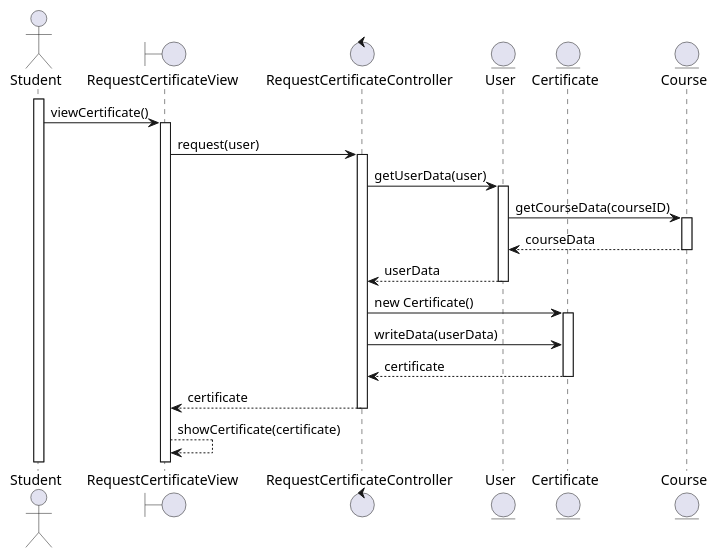
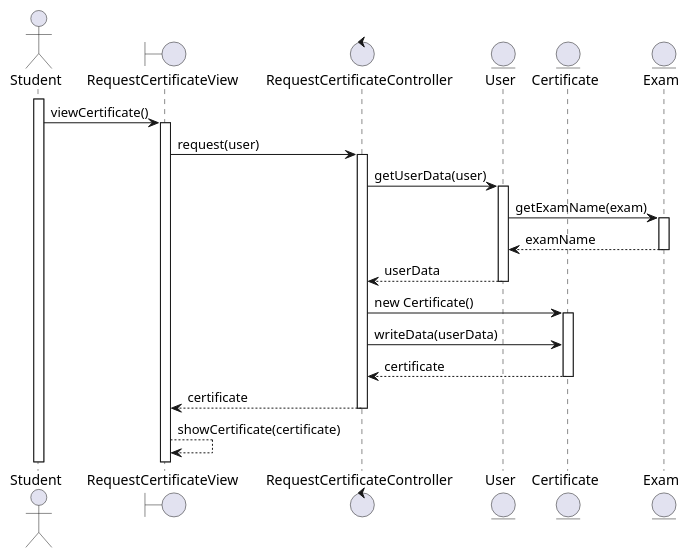
The diagram in docs/logicalView/designView/sequenceDiagram.plantuml (Carverz/IS-022023_Proyecto-Grupo-4), drawn with PlantUML before and after one commit. The commit also changed 11 other files, not shown here.

Commit message:
Modificacion en diagramas

```diff
--- a/docs/logicalView/designView/sequenceDiagram.plantuml
+++ b/docs/logicalView/designView/sequenceDiagram.plantuml
@@ -1,34 +1,34 @@
 @startuml DiagramaSecuencia
 
 actor Student
 boundary RequestCertificateView
 control RequestCertificateController
 entity User
 entity Certificate
-entity Course
+entity Exam
 
 
 activate Student
 Student -> RequestCertificateView: viewCertificate()
 activate RequestCertificateView
 RequestCertificateView -> RequestCertificateController: request(user)
 activate RequestCertificateController
 RequestCertificateController -> User: getUserData(user)
 activate User
-User -> Course: getCourseData(courseID)
-activate Course
-Course --> User: courseData
-deactivate Course
+User -> Exam: getExamName(exam)
+activate Exam
+Exam --> User: examName
+deactivate Exam
 User --> RequestCertificateController: userData
 deactivate User
 RequestCertificateController -> Certificate: new Certificate()
 activate Certificate
 RequestCertificateController -> Certificate: writeData(userData)
 Certificate --> RequestCertificateController: certificate
 deactivate Certificate
 RequestCertificateController --> RequestCertificateView: certificate
 deactivate RequestCertificateController
 RequestCertificateView --> RequestCertificateView: showCertificate(certificate)
 
 
 @enduml
```
